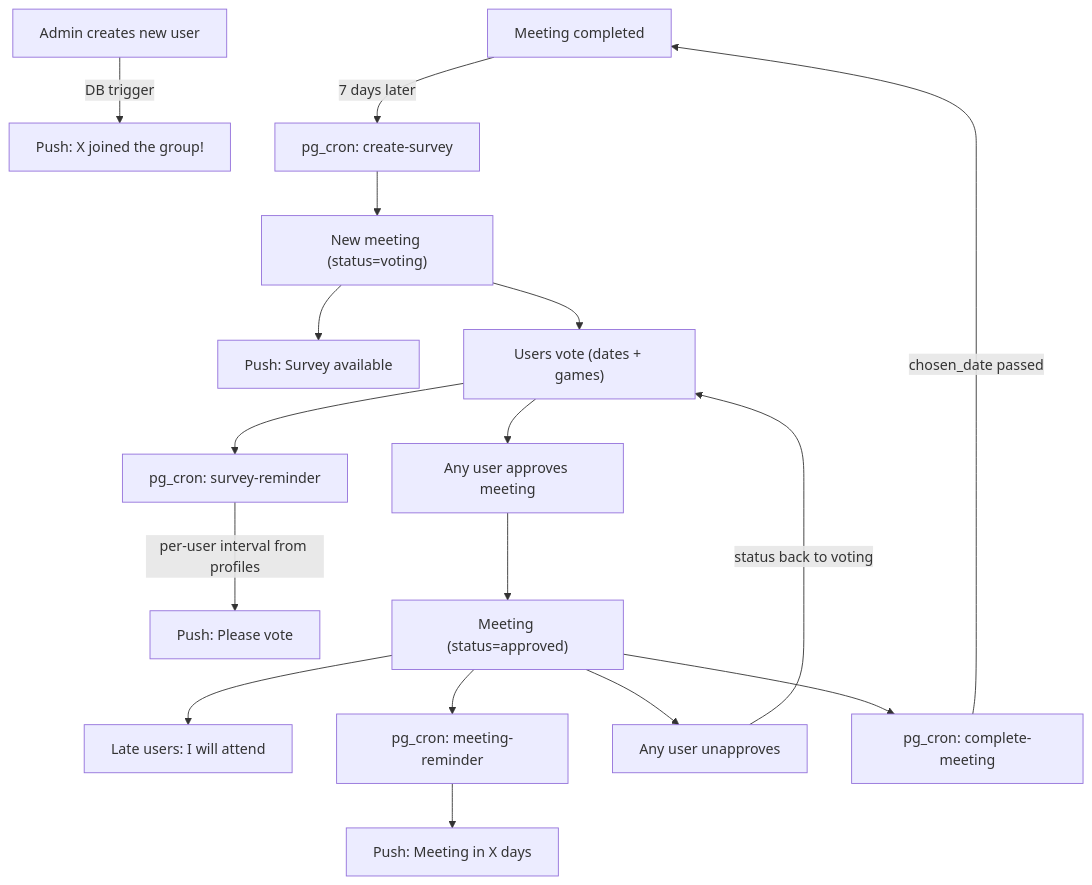
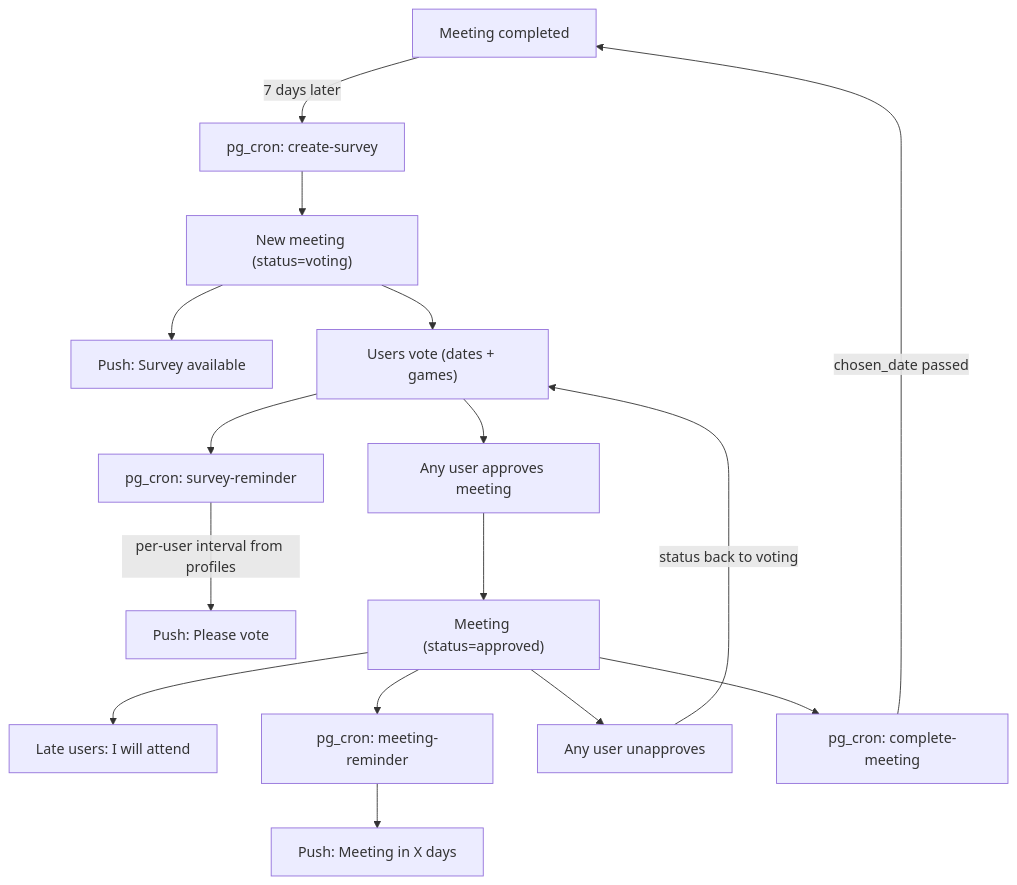
Before and after one commit to jacaczap/boardgames: the second of 2 diagrams in .cursor/plans/boardgames_meeting_planner_a7addda3.plan.md, drawn with Mermaid. The commit also changed other lines of this file and 5 other files, not shown here.

````diff
--- a/.cursor/plans/boardgames_meeting_planner_a7addda3.plan.md
+++ b/.cursor/plans/boardgames_meeting_planner_a7addda3.plan.md
@@ -305,19 +302,18 @@
 ```mermaid
 flowchart TD
-    NewUser["Admin creates new user"] -->|"DB trigger"| PushNewUser["Push: X joined the group!"]
     CompletedMeeting["Meeting completed"] -->|"7 days later"| CronCreateSurvey["pg_cron: create-survey"]
     CronCreateSurvey --> NewSurvey["New meeting (status=voting)"]
     NewSurvey --> PushNotif["Push: Survey available"]
     NewSurvey --> UsersVote["Users vote (dates + games)"]
     UsersVote --> CronReminder["pg_cron: survey-reminder"]
     CronReminder -->|"per-user interval from profiles"| PushRemind["Push: Please vote"]
     UsersVote --> Approve["Any user approves meeting"]
     Approve --> ApprovedMeeting["Meeting (status=approved)"]
     ApprovedMeeting --> LateJoin["Late users: I will attend"]
     ApprovedMeeting --> CronMeetingReminder["pg_cron: meeting-reminder"]
     CronMeetingReminder --> PushMeeting["Push: Meeting in X days"]
     ApprovedMeeting --> Unapprove["Any user unapproves"]
     Unapprove -->|"status back to voting"| UsersVote
     ApprovedMeeting --> CronComplete["pg_cron: complete-meeting"]
     CronComplete -->|"chosen_date passed"| CompletedMeeting
 ```
````
